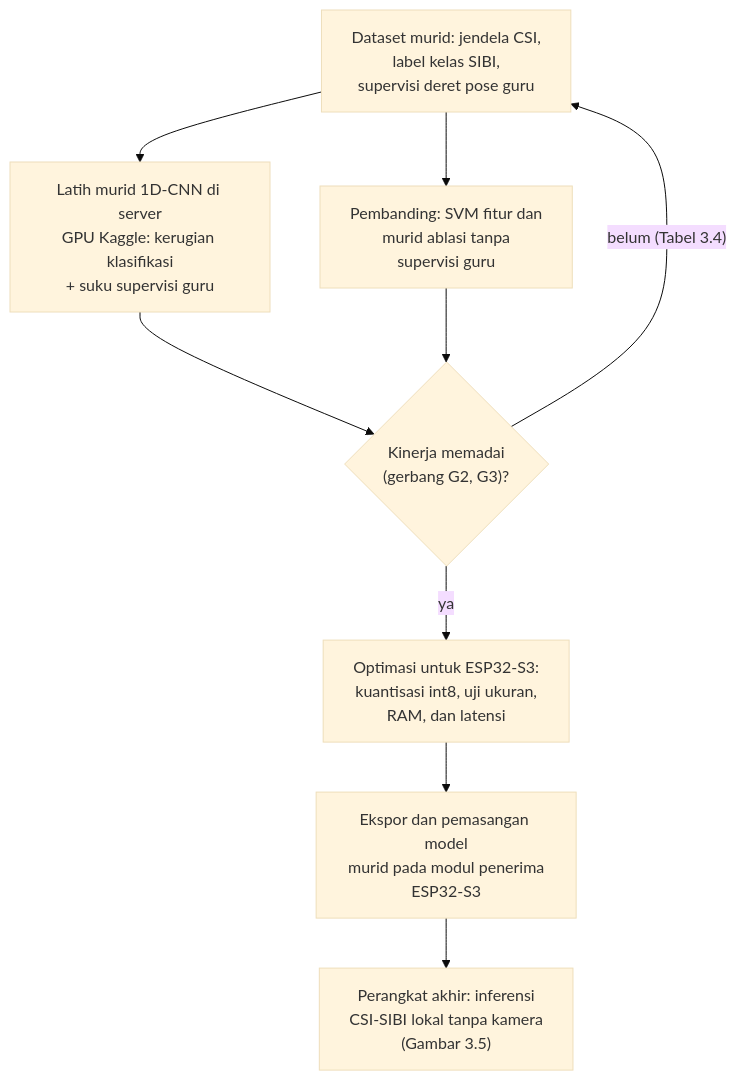
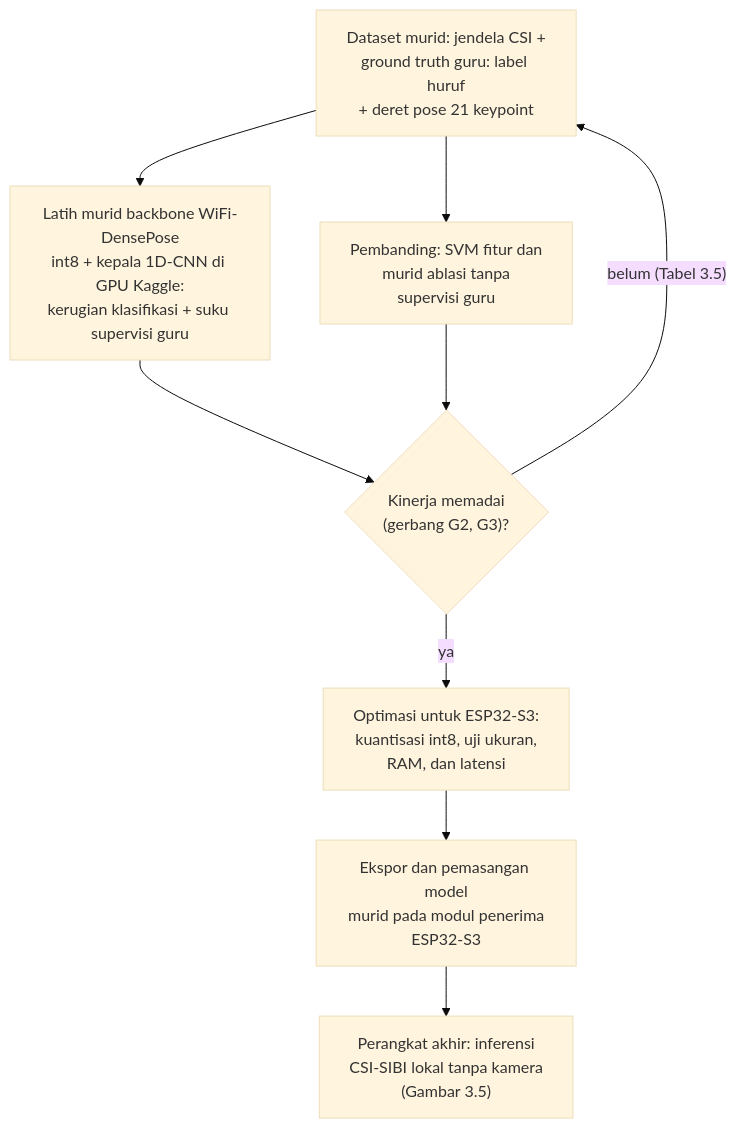
One commit to ILoveTahuTek/skripsi changed the fourth of 8 diagrams in download/translator-sibi-final/draft-final.md. Above: the diagram before and after it, drawn with Mermaid (base theme). The commit also changed other lines of this file and 56 other files, not shown here.

````diff
--- a/download/translator-sibi-final/draft-final.md
+++ b/download/translator-sibi-final/draft-final.md
@@ -382,18 +391,18 @@
 ```mermaid
 flowchart TD
-    SD["Dataset murid: jendela CSI,<br/>label kelas SIBI,<br/>supervisi deret pose guru"]
-    STU["Latih murid 1D-CNN di server<br/>GPU Kaggle: kerugian klasifikasi<br/>+ suku supervisi guru"]
+    SD["Dataset murid: jendela CSI +<br/>ground truth guru: label huruf<br/>+ deret pose 21 keypoint"]
+    STU["Latih murid backbone WiFi-DensePose<br/>int8 + kepala 1D-CNN di GPU Kaggle:<br/>kerugian klasifikasi + suku supervisi guru"]
     BASE["Pembanding: SVM fitur dan<br/>murid ablasi tanpa<br/>supervisi guru"]
     EQ{"Kinerja memadai<br/>(gerbang G2, G3)?"}
     OPT["Optimasi untuk ESP32-S3:<br/>kuantisasi int8, uji ukuran,<br/>RAM, dan latensi"]
     DEP["Ekspor dan pemasangan model<br/>murid pada modul penerima<br/>ESP32-S3"]
     DEV["Perangkat akhir: inferensi<br/>CSI-SIBI lokal tanpa kamera<br/>(Gambar 3.5)"]
     SD --> STU
     SD --> BASE
     STU --> EQ
     BASE --> EQ
-    EQ -- "belum (Tabel 3.4)" --> SD
+    EQ -- "belum (Tabel 3.5)" --> SD
     EQ -- "ya" --> OPT
     OPT --> DEP
     DEP --> DEV
 ```
````
